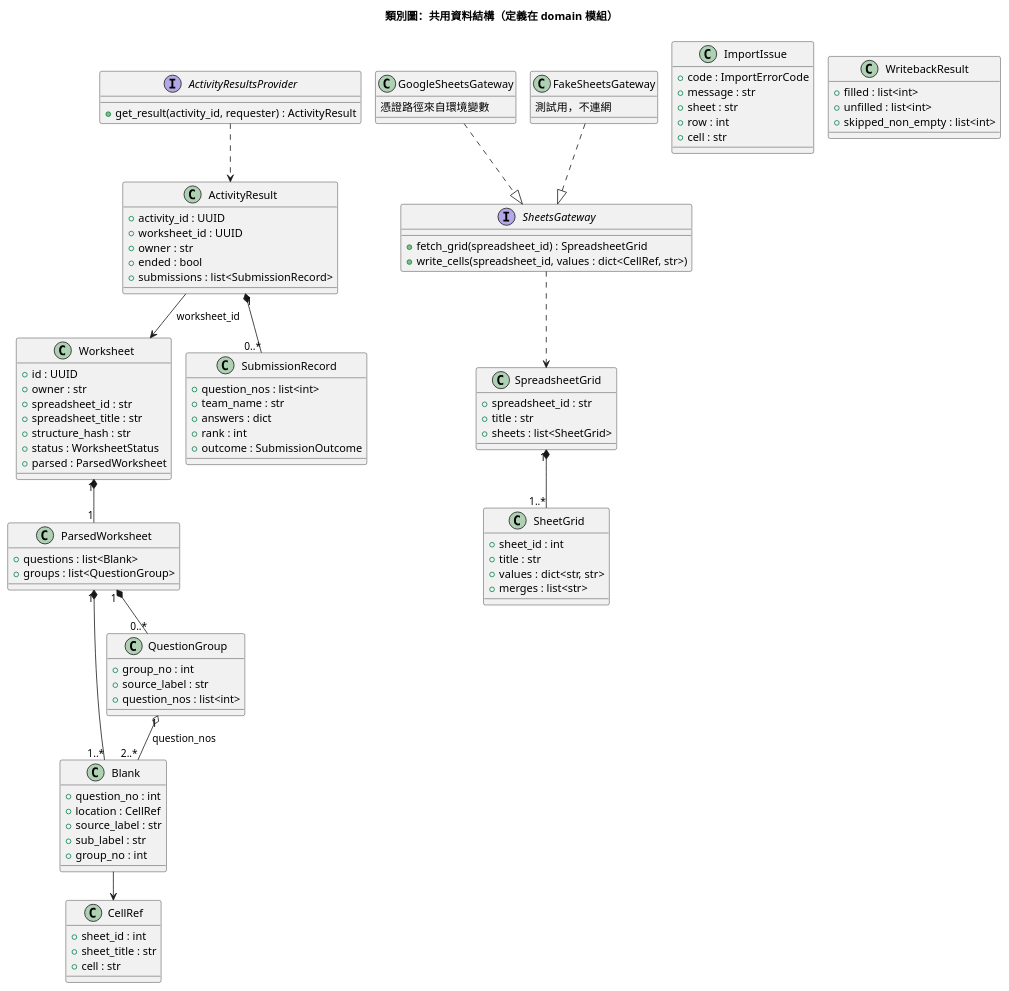
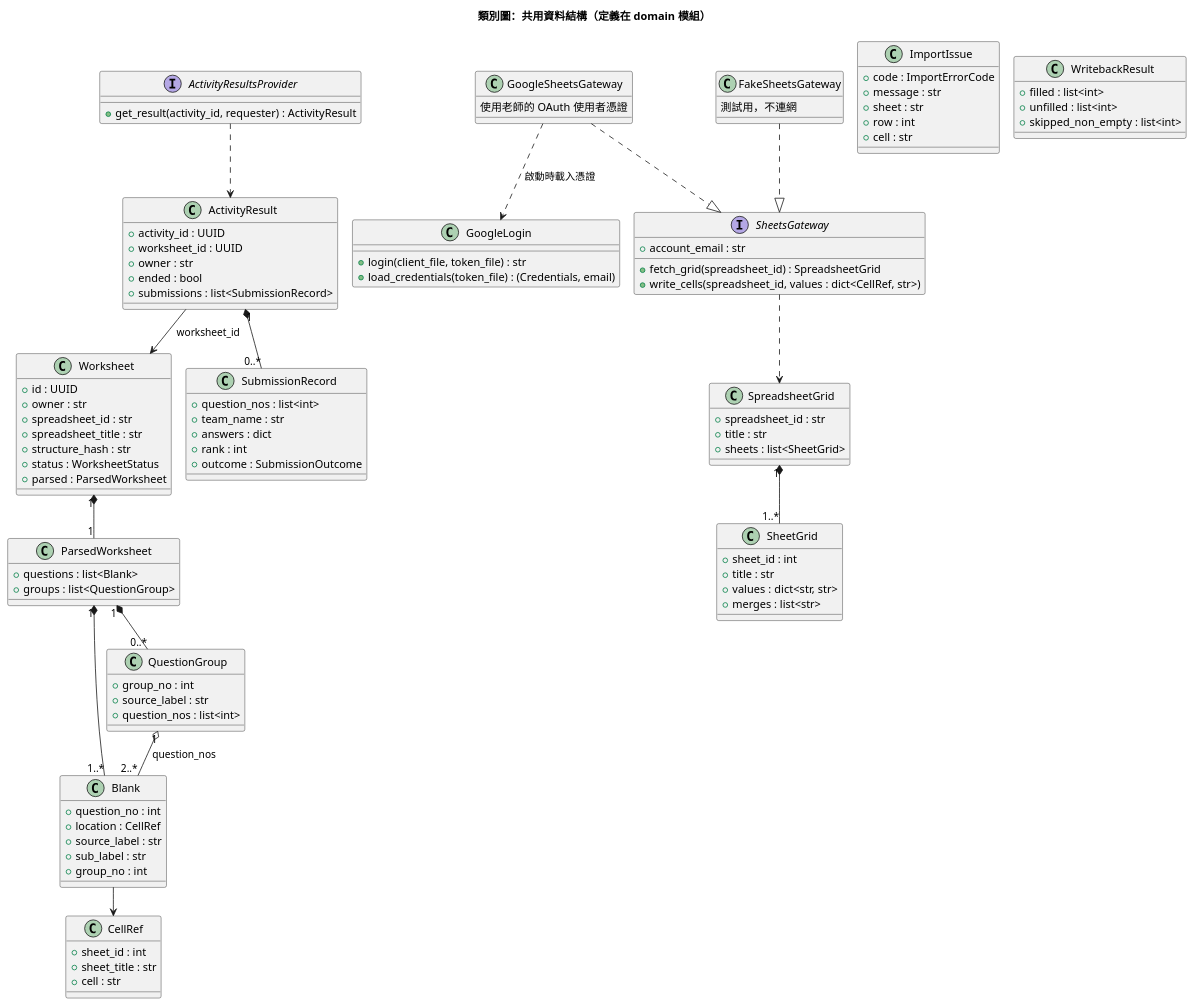
One commit to silverwind63/SEFinal changed the diagram in diagrams/001-guided-notes-import/04-class.puml. Above: the diagram before and after it, drawn with PlantUML. The commit also changed 38 other files, not shown here.

First line of the commit message:
feat(001): switch Google Sheets access from service account to OAuth

```diff
--- a/diagrams/001-guided-notes-import/04-class.puml
+++ b/diagrams/001-guided-notes-import/04-class.puml
@@ -1,96 +1,102 @@
 @startuml
 !pragma layout smetana
 title 類別圖：共用資料結構（定義在 domain 模組）
 class CellRef {
   +sheet_id : int
   +sheet_title : str
   +cell : str
 }
 class SpreadsheetGrid {
   +spreadsheet_id : str
   +title : str
   +sheets : list<SheetGrid>
 }
 class SheetGrid {
   +sheet_id : int
   +title : str
   +values : dict<str, str>
   +merges : list<str>
 }
 class Blank {
   +question_no : int
   +location : CellRef
   +source_label : str
   +sub_label : str
   +group_no : int
 }
 class QuestionGroup {
   +group_no : int
   +source_label : str
   +question_nos : list<int>
 }
 class ParsedWorksheet {
   +questions : list<Blank>
   +groups : list<QuestionGroup>
 }
 class Worksheet {
   +id : UUID
   +owner : str
   +spreadsheet_id : str
   +spreadsheet_title : str
   +structure_hash : str
   +status : WorksheetStatus
   +parsed : ParsedWorksheet
 }
 class ImportIssue {
   +code : ImportErrorCode
   +message : str
   +sheet : str
   +row : int
   +cell : str
 }
 class WritebackResult {
   +filled : list<int>
   +unfilled : list<int>
   +skipped_non_empty : list<int>
 }
 interface SheetsGateway {
+  +account_email : str
   +fetch_grid(spreadsheet_id) : SpreadsheetGrid
   +write_cells(spreadsheet_id, values : dict<CellRef, str>)
 }
 class GoogleSheetsGateway {
-  憑證路徑來自環境變數
+  使用老師的 OAuth 使用者憑證
+}
+class GoogleLogin {
+  +login(client_file, token_file) : str
+  +load_credentials(token_file) : (Credentials, email)
 }
 class FakeSheetsGateway {
   測試用，不連網
 }
 class SubmissionRecord {
   +question_nos : list<int>
   +team_name : str
   +answers : dict
   +rank : int
   +outcome : SubmissionOutcome
 }
 class ActivityResult {
   +activity_id : UUID
   +worksheet_id : UUID
   +owner : str
   +ended : bool
   +submissions : list<SubmissionRecord>
 }
 interface ActivityResultsProvider {
   +get_result(activity_id, requester) : ActivityResult
 }
 SpreadsheetGrid "1" *-- "1..*" SheetGrid
 Worksheet "1" *-- "1" ParsedWorksheet
 ParsedWorksheet "1" *-- "1..*" Blank
 ParsedWorksheet "1" *-- "0..*" QuestionGroup
 Blank --> CellRef
 QuestionGroup "1" o-- "2..*" Blank : question_nos
 GoogleSheetsGateway ..|> SheetsGateway
+GoogleSheetsGateway ..> GoogleLogin : 啟動時載入憑證
 FakeSheetsGateway ..|> SheetsGateway
 SheetsGateway ..> SpreadsheetGrid
 ActivityResult "1" *-- "0..*" SubmissionRecord
 ActivityResult --> Worksheet : worksheet_id
 ActivityResultsProvider ..> ActivityResult
 @enduml
```
